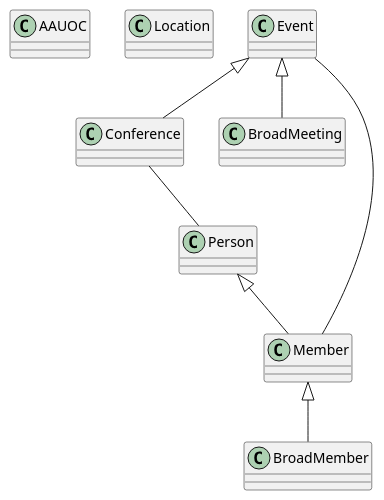
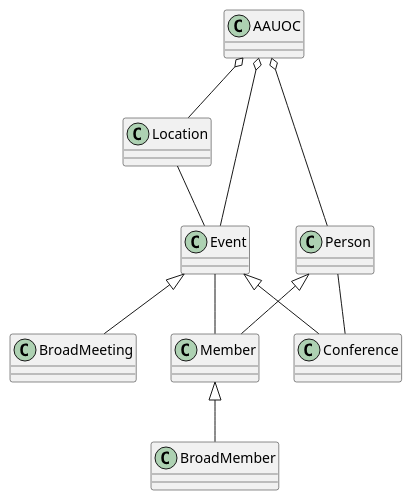
One commit to CorazaNegra/UMLClasesFSP changed the diagram in Practica_Diagramas_UML.puml. Above: the diagram before and after it, drawn with PlantUML.

Commit message:
Relacionando y jerarquizando todas las clases

```diff
--- a/Practica_Diagramas_UML.puml
+++ b/Practica_Diagramas_UML.puml
@@ -1,42 +1,46 @@
 @startuml
 
 class AAUOC{
 
 }
 
 class Location{
 
 }
 
 class Event{
 
 }
 
 class Conference{
 
 }
 
 class BroadMeeting{
 
 }
 
 class Person{
 
 }
 
 class Member{
 
 }
 
 class BroadMember{
 
 }
 
+AAUOC o-- Event
+AAUOC o-- Location
+AAUOC o-- Person
+Location -- Event
+Event -- Member
+Person -- Conference
 Event <|-- Conference
 Event <|-- BroadMeeting
 Person <|-- Member
 Member <|-- BroadMember
-Event -- Member
-Conference -- Person
 
 @enduml
```
